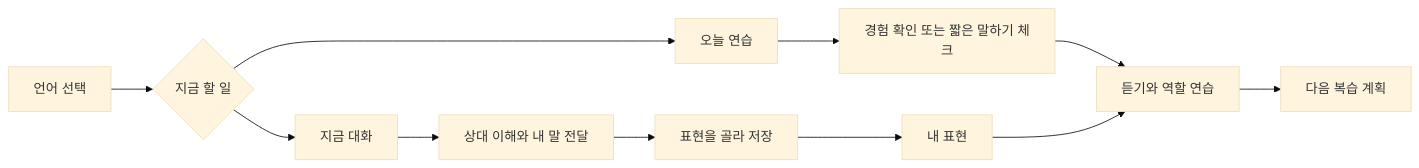
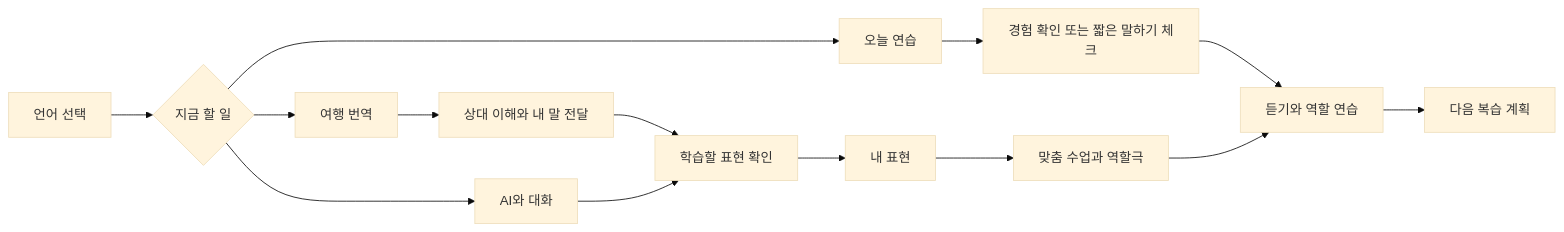
One commit to hhj4861/commerce-automation-kit changed the first of 4 diagrams in docs/HANMADI-CONVERSATION-APP-DESIGN.md. Above: the diagram before and after it, drawn with Mermaid (base theme). The commit also changed other lines of this file, not shown here.

````diff
--- a/docs/HANMADI-CONVERSATION-APP-DESIGN.md
+++ b/docs/HANMADI-CONVERSATION-APP-DESIGN.md
@@ -61,13 +78,16 @@
 ```mermaid
 flowchart LR
     A[언어 선택] --> B{지금 할 일}
     B --> C[오늘 연습]
-    B --> D[지금 대화]
+    B --> D[여행 번역]
+    B --> K[AI와 대화]
     C --> E[경험 확인 또는 짧은 말하기 체크]
     E --> F[듣기와 역할 연습]
     D --> G[상대 이해와 내 말 전달]
-    G --> H[표현을 골라 저장]
+    G --> H[학습할 표현 확인]
+    K --> H
     H --> I[내 표현]
-    I --> F
+    I --> L[맞춤 수업과 역할극]
+    L --> F
     F --> J[다음 복습 계획]
 ```
````
